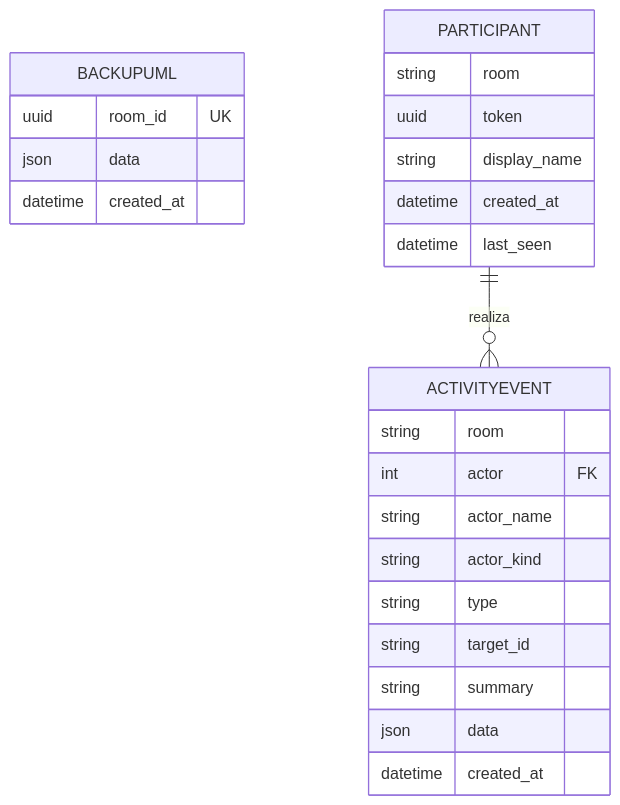
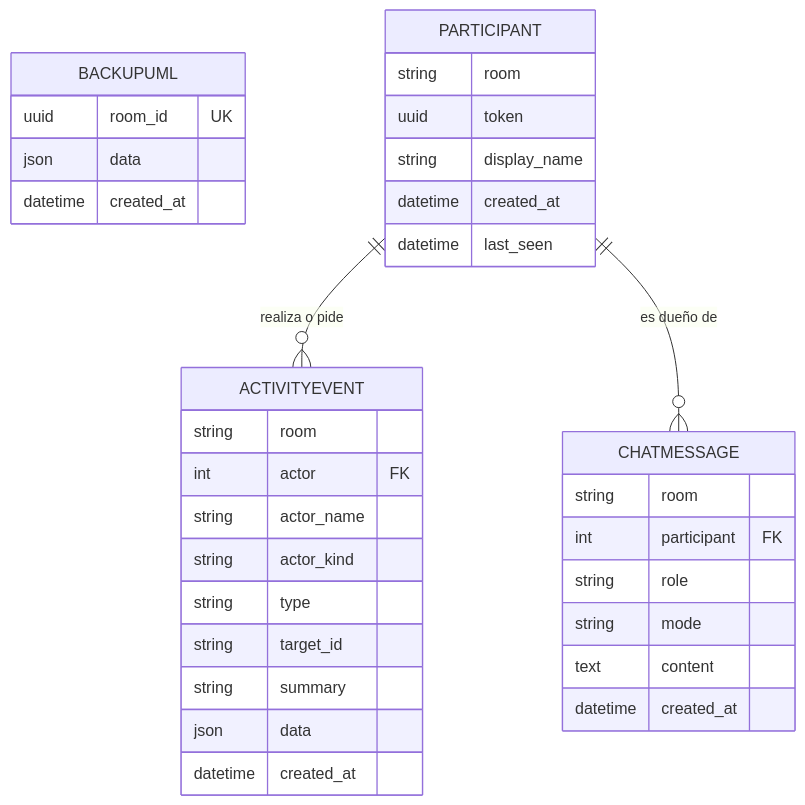
The second of 8 diagrams in docs/puds/03-diseno.md (Gris999/Diagramador_UML_Examen2), drawn with Mermaid before and after one commit. The commit also changed other lines of this file and 5 other files, not shown here.

````diff
--- a/docs/puds/03-diseno.md
+++ b/docs/puds/03-diseno.md
@@ -76,27 +78,36 @@
 ```mermaid
 erDiagram
   BACKUPUML {
     uuid room_id UK
     json data
     datetime created_at
   }
   PARTICIPANT {
     string room
     uuid token
     string display_name
     datetime created_at
     datetime last_seen
   }
   ACTIVITYEVENT {
     string room
     int actor FK
     string actor_name
     string actor_kind
     string type
     string target_id
     string summary
     json data
     datetime created_at
   }
-  PARTICIPANT ||--o{ ACTIVITYEVENT : "realiza"
+  CHATMESSAGE {
+    string room
+    int participant FK
+    string role
+    string mode
+    text content
+    datetime created_at
+  }
+  PARTICIPANT ||--o{ ACTIVITYEVENT : "realiza o pide"
+  PARTICIPANT ||--o{ CHATMESSAGE : "es dueño de"
 ```
````
